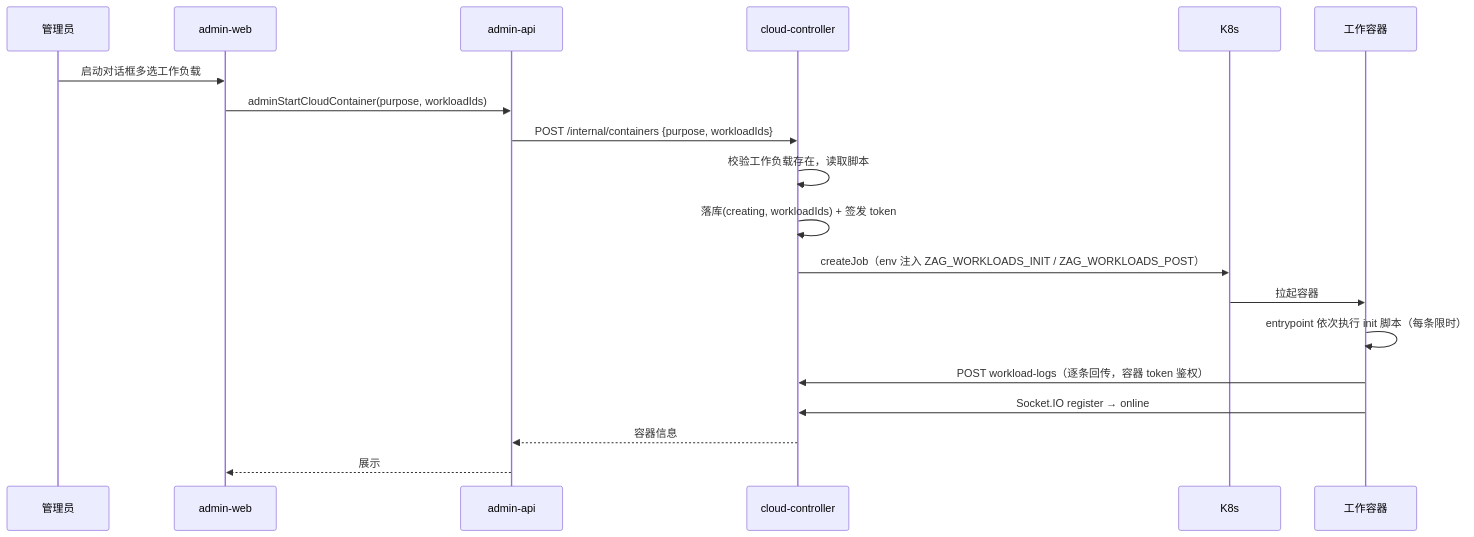
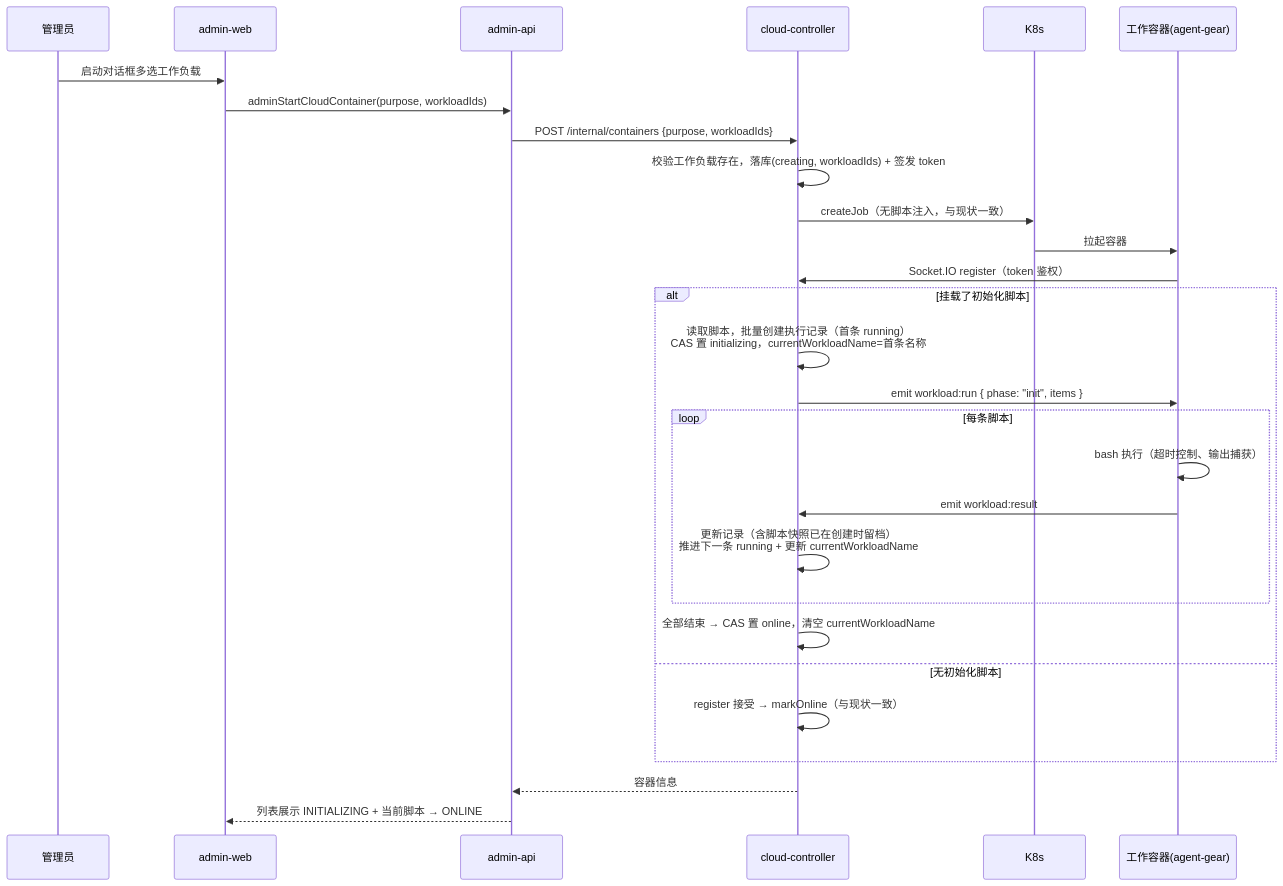
The third of 4 diagrams in docs/engineering/proposals/20261017-feat-cloud-controller-workload.md (Deliay/z-agent-gear), drawn with Mermaid before and after one commit. The commit also changed other lines of this file and 1 other file, not shown here.

````diff
--- a/docs/engineering/proposals/20261017-feat-cloud-controller-workload.md
+++ b/docs/engineering/proposals/20261017-feat-cloud-controller-workload.md
@@ -218,22 +249,31 @@
 ```mermaid
 sequenceDiagram
     participant A as 管理员
     participant W as admin-web
     participant G as admin-api
     participant C as cloud-controller
     participant K as K8s
-    participant P as 工作容器
+    participant P as 工作容器(agent-gear)
 
     A->>W: 启动对话框多选工作负载
     W->>G: adminStartCloudContainer(purpose, workloadIds)
     G->>C: POST /internal/containers {purpose, workloadIds}
-    C->>C: 校验工作负载存在，读取脚本
-    C->>C: 落库(creating, workloadIds) + 签发 token
-    C->>K: createJob（env 注入 ZAG_WORKLOADS_INIT / ZAG_WORKLOADS_POST）
+    C->>C: 校验工作负载存在，落库(creating, workloadIds) + 签发 token
+    C->>K: createJob（无脚本注入，与现状一致）
     K->>P: 拉起容器
-    P->>P: entrypoint 依次执行 init 脚本（每条限时）
-    P->>C: POST workload-logs（逐条回传，容器 token 鉴权）
-    P->>C: Socket.IO register → online
+    P->>C: Socket.IO register（token 鉴权）
+    alt 挂载了初始化脚本
+        C->>C: 读取脚本，批量创建执行记录（首条 running）<br/>CAS 置 initializing，currentWorkloadName=首条名称
+        C->>P: emit workload:run { phase: "init", items }
+        loop 每条脚本
+            P->>P: bash 执行（超时控制、输出捕获）
+            P->>C: emit workload:result
+            C->>C: 更新记录（含脚本快照已在创建时留档）<br/>推进下一条 running + 更新 currentWorkloadName
+        end
+        C->>C: 全部结束 → CAS 置 online，清空 currentWorkloadName
+    else 无初始化脚本
+        C->>C: register 接受 → markOnline（与现状一致）
+    end
     C-->>G: 容器信息
-    G-->>W: 展示
+    G-->>W: 列表展示 INITIALIZING + 当前脚本 → ONLINE
 ```
````
